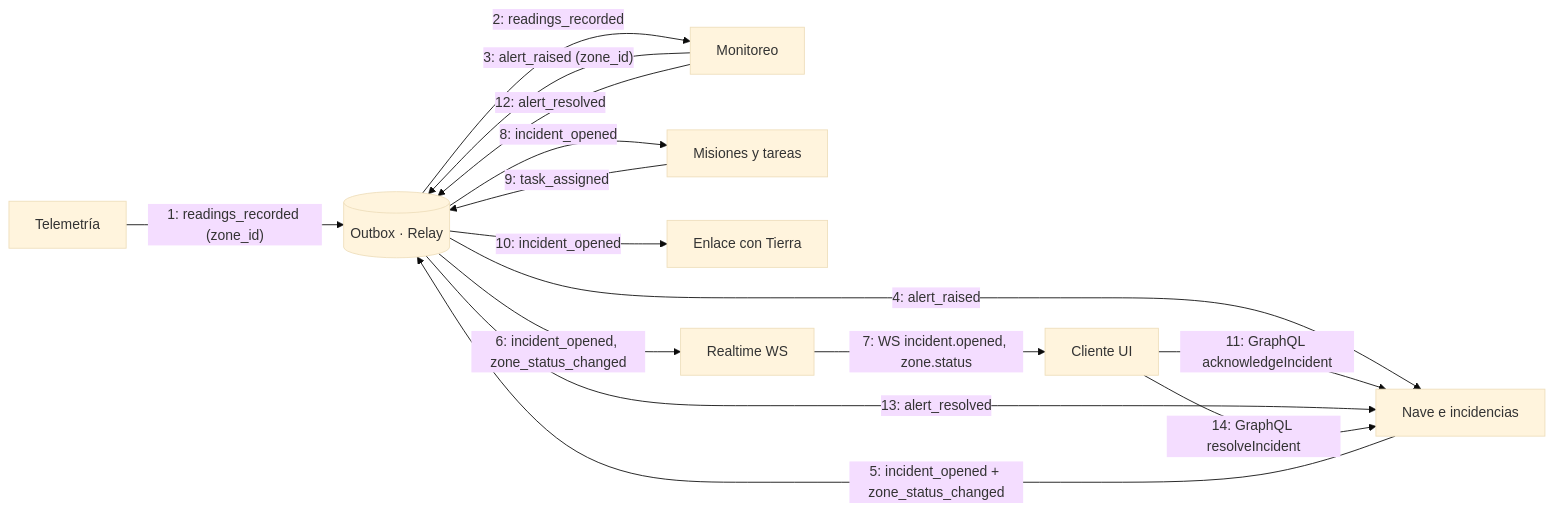
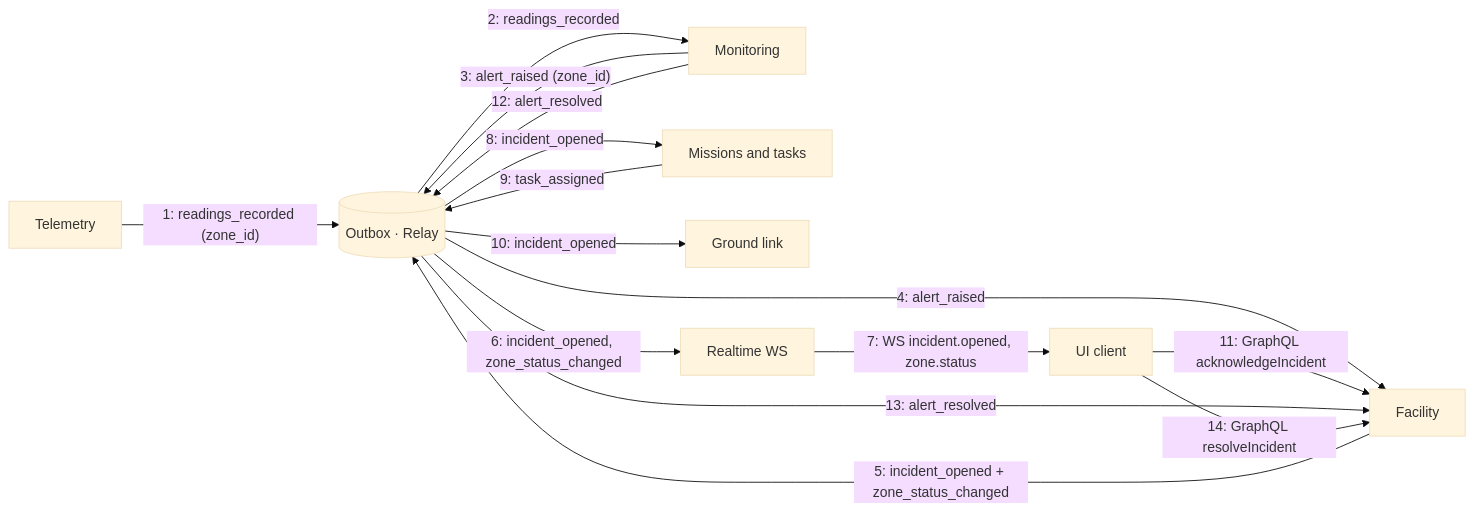
The third of 3 diagrams in tools/docgen/template.md (Julio-Cuellar/SpaceOverflow), drawn with Mermaid (base theme) before and after one commit. The commit also changed other lines of this file and 300 other files, not shown here.

````diff
--- a/tools/docgen/template.md
+++ b/tools/docgen/template.md
@@ -274,25 +274,25 @@
 ```mermaid
 flowchart LR
-  TEL["Telemetría"]
+  TEL["Telemetry"]
   OB[("Outbox · Relay")]
-  MON["Monitoreo"]
-  FAC["Nave e incidencias"]
-  ENG["Misiones y tareas"]
-  UPL["Enlace con Tierra"]
+  MON["Monitoring"]
+  FAC["Facility"]
+  ENG["Missions and tasks"]
+  UPL["Ground link"]
   RT["Realtime WS"]
-  UI["Cliente UI"]
+  UI["UI client"]
   TEL -->|"1: readings_recorded (zone_id)"| OB
   OB -->|"2: readings_recorded"| MON
   MON -->|"3: alert_raised (zone_id)"| OB
   OB -->|"4: alert_raised"| FAC
   FAC -->|"5: incident_opened + zone_status_changed"| OB
   OB -->|"6: incident_opened, zone_status_changed"| RT
   RT -->|"7: WS incident.opened, zone.status"| UI
   OB -->|"8: incident_opened"| ENG
   ENG -->|"9: task_assigned"| OB
   OB -->|"10: incident_opened"| UPL
   UI -->|"11: GraphQL acknowledgeIncident"| FAC
   MON -->|"12: alert_resolved"| OB
   OB -->|"13: alert_resolved"| FAC
   UI -->|"14: GraphQL resolveIncident"| FAC
 ```
````
